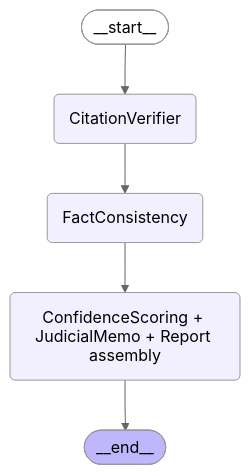
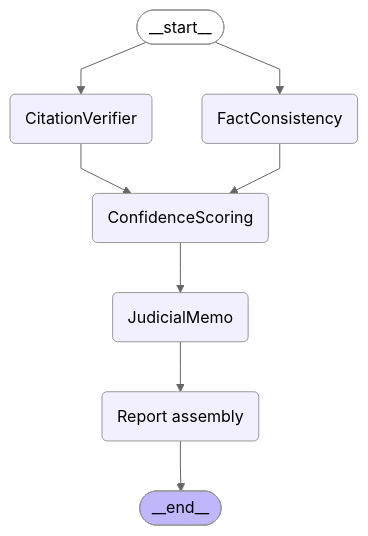
Before and after one commit to weslleyalmeid/bs-detector: the diagram in README.md, drawn with Mermaid (neutral theme). The commit also changed other lines of this file and 2 other files, not shown here.

Commit message:
feat(pipeline): parallelize citations/consistency, split report into score/memo/assemble nodes
Fan-out citations + consistency from START (independent inputs) and join
on score. Splits the previous monolithic report node into three explicit
nodes (score, memo, assemble) so the graph surfaces all four agents and
each concern is testable in isolation. Drops end-to-end latency ~35%.

````diff
--- a/README.md
+++ b/README.md
@@ -24,20 +28,25 @@
 ```mermaid
 ---
 config:
   flowchart:
     curve: linear
 ---
 graph TD;
 	__start__([__start__]):::first
 	citations(CitationVerifier)
 	consistency(FactConsistency)
-	report(ConfidenceScoring + JudicialMemo + Report assembly)
+	score(ConfidenceScoring)
+	memo(JudicialMemo)
+	assemble(Report assembly)
 	__end__([__end__]):::last
 	__start__ --> citations;
-	citations --> consistency;
-	consistency --> report;
-	report --> __end__;
+	__start__ --> consistency;
+	citations --> score;
+	consistency --> score;
+	score --> memo;
+	memo --> assemble;
+	assemble --> __end__;
 	classDef default fill:#f2f0ff,line-height:1.2
 	classDef first fill-opacity:0
 	classDef last fill:#bfb6fc
 ```
````
